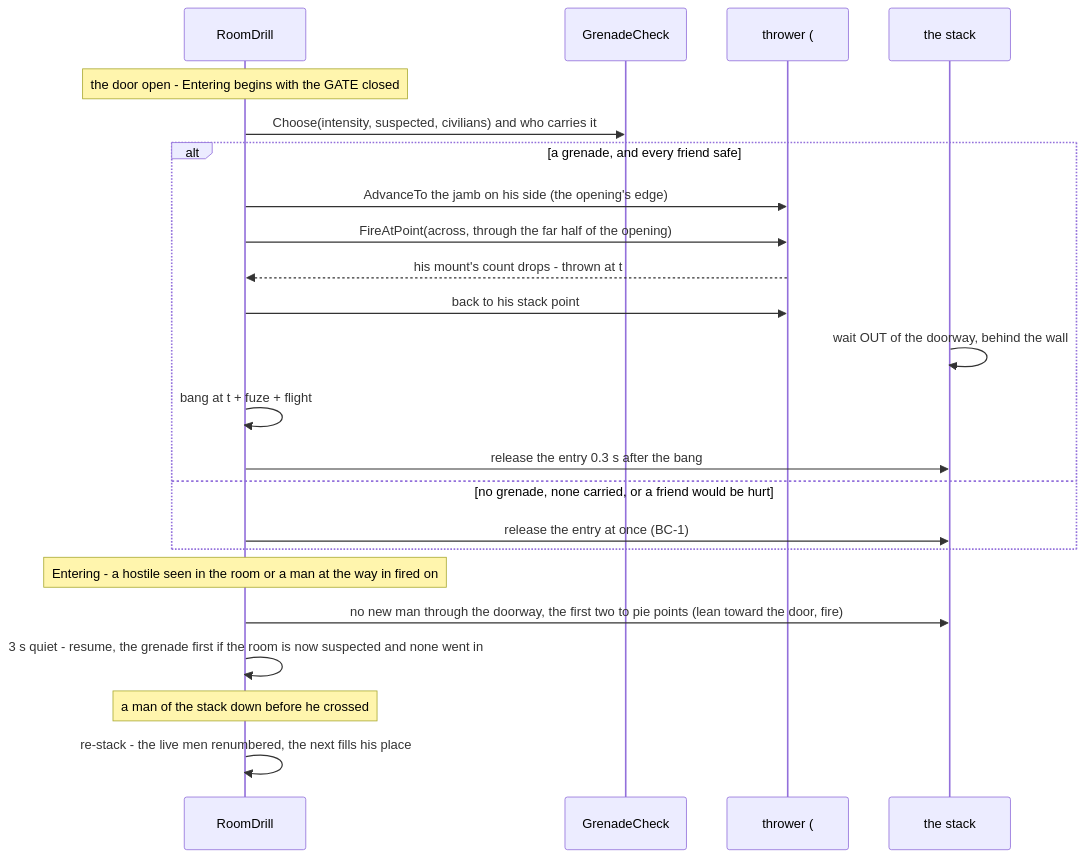
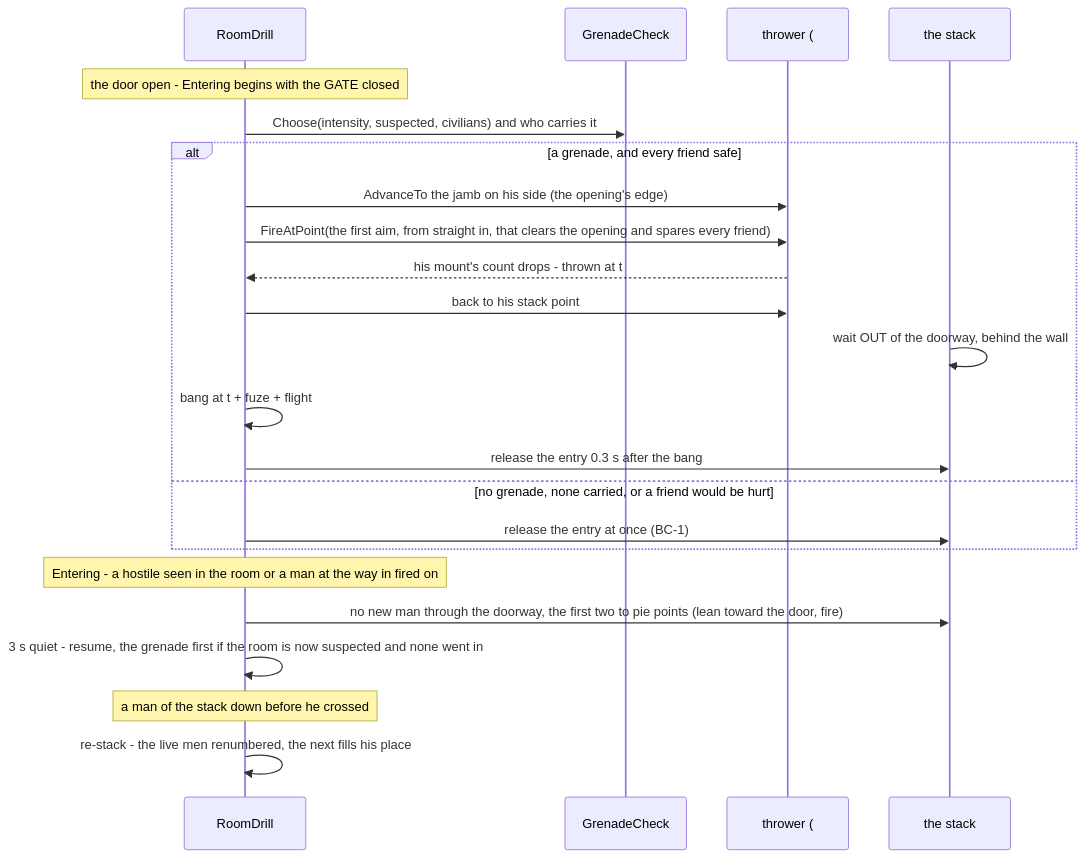
One commit to pjanec/HROT changed diagram 18 of 19 in docs/designs/group-maneuvers/DESIGN_Building_Clearing.md. Above: the diagram before and after it, drawn with Mermaid. The commit also changed other lines of this file and 2 other files, not shown here.

First line of the commit message:
BC-4 (CE-2260) CB-68: aims swept from straight in, thrown from just inside the jamb

````diff
--- a/docs/designs/group-maneuvers/DESIGN_Building_Clearing.md
+++ b/docs/designs/group-maneuvers/DESIGN_Building_Clearing.md
@@ -962,25 +962,25 @@
 ```mermaid
 sequenceDiagram
   participant D as RoomDrill
   participant G as GrenadeCheck
   participant T as thrower (#2)
   participant S as the stack
   Note over D: the door open - Entering begins with the GATE closed
   D->>G: Choose(intensity, suspected, civilians) and who carries it
   alt a grenade, and every friend safe
     D->>T: AdvanceTo the jamb on his side (the opening's edge)
-    D->>T: FireAtPoint(across, through the far half of the opening)
+    D->>T: FireAtPoint(the first aim, from straight in, that clears the opening and spares every friend)
     T-->>D: his mount's count drops - thrown at t
     D->>T: back to his stack point
     S->>S: wait OUT of the doorway, behind the wall
     D->>D: bang at t + fuze + flight
     D->>S: release the entry 0.3 s after the bang
   else no grenade, none carried, or a friend would be hurt
     D->>S: release the entry at once (BC-1)
   end
   Note over D: Entering - a hostile seen in the room or a man at the way in fired on
   D->>S: no new man through the doorway, the first two to pie points (lean toward the door, fire)
   D->>D: 3 s quiet - resume, the grenade first if the room is now suspected and none went in
   Note over D: a man of the stack down before he crossed
   D->>D: re-stack - the live men renumbered, the next fills his place
 ```
````
